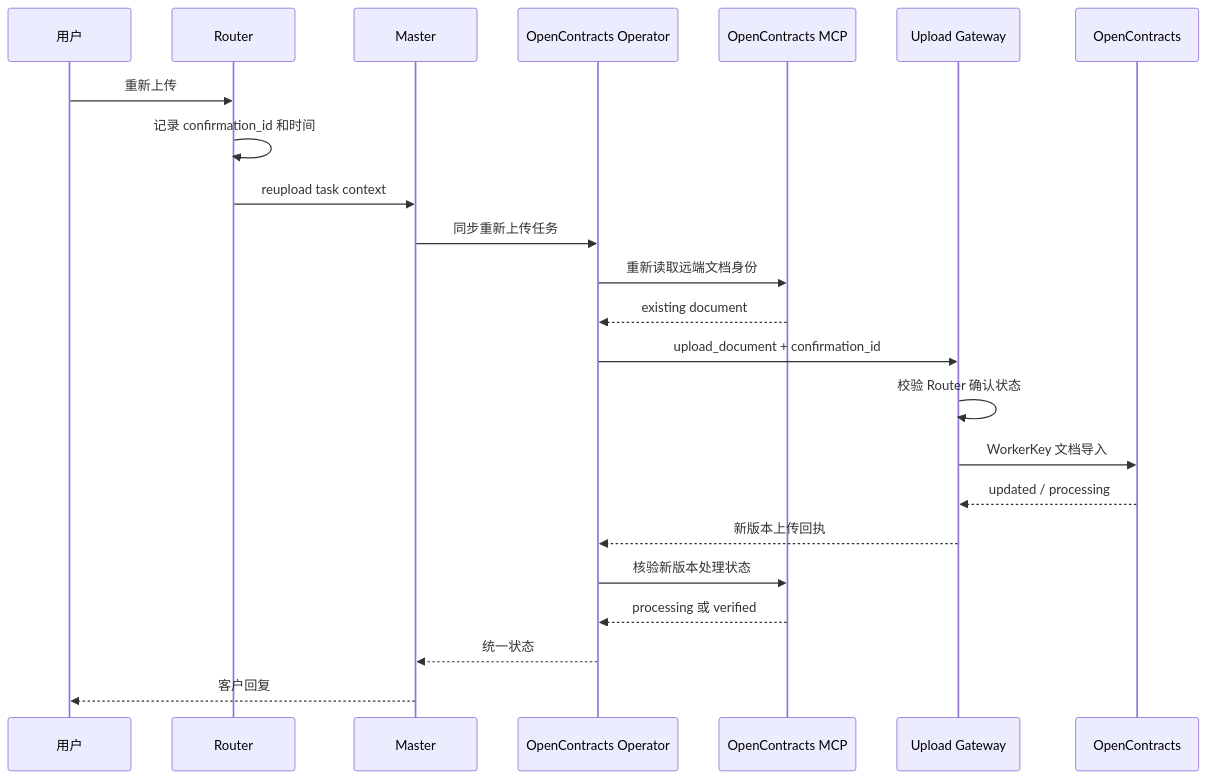
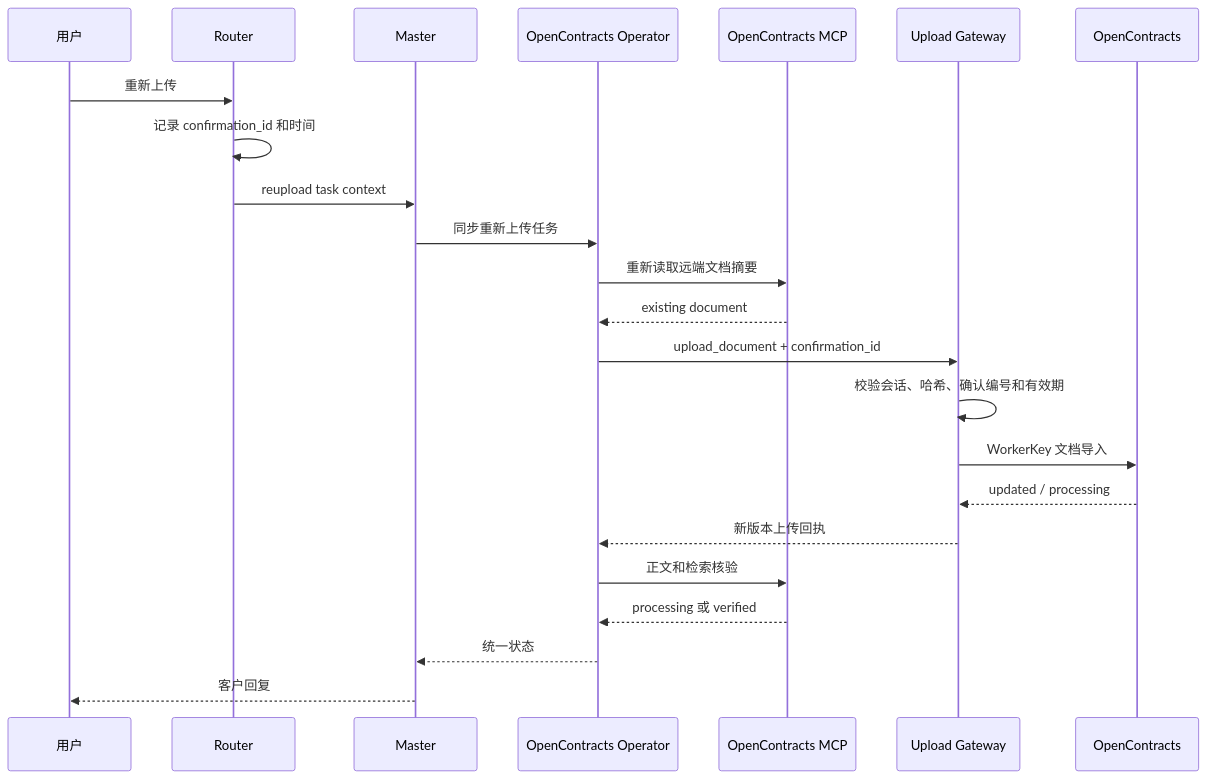
Before and after one commit to Ri0n72Y/ContractBotConfig: the third of 4 diagrams in docs/architecture/upload-sequence.md, drawn with Mermaid. The commit also changed other lines of this file and 43 other files, not shown here.

````diff
--- a/docs/architecture/upload-sequence.md
+++ b/docs/architecture/upload-sequence.md
@@ -64,26 +62,26 @@
 ```mermaid
 sequenceDiagram
     participant U as 用户
     participant R as Router
     participant M as Master
     participant O as OpenContracts Operator
     participant MCP as OpenContracts MCP
     participant G as Upload Gateway
     participant OC as OpenContracts
 
     U->>R: 重新上传
     R->>R: 记录 confirmation_id 和时间
     R->>M: reupload task context
     M->>O: 同步重新上传任务
-    O->>MCP: 重新读取远端文档身份
+    O->>MCP: 重新读取远端文档摘要
     MCP-->>O: existing document
     O->>G: upload_document + confirmation_id
-    G->>G: 校验 Router 确认状态
+    G->>G: 校验会话、哈希、确认编号和有效期
     G->>OC: WorkerKey 文档导入
     OC-->>G: updated / processing
     G-->>O: 新版本上传回执
-    O->>MCP: 核验新版本处理状态
+    O->>MCP: 正文和检索核验
     MCP-->>O: processing 或 verified
     O-->>M: 统一状态
     M-->>U: 客户回复
 ```
````
